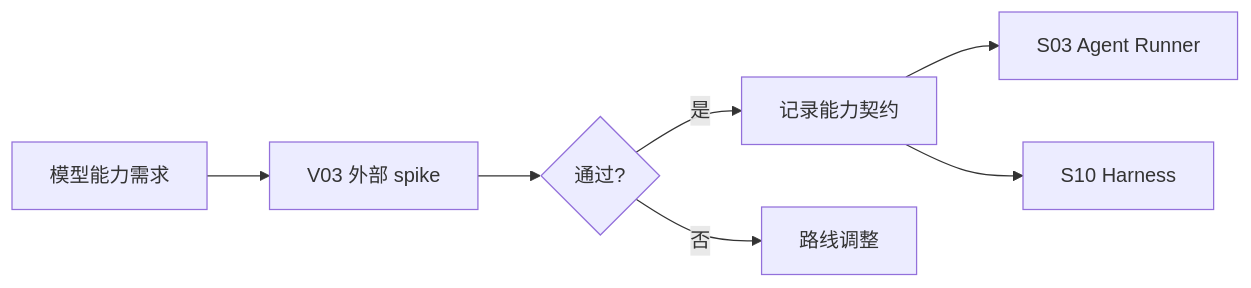
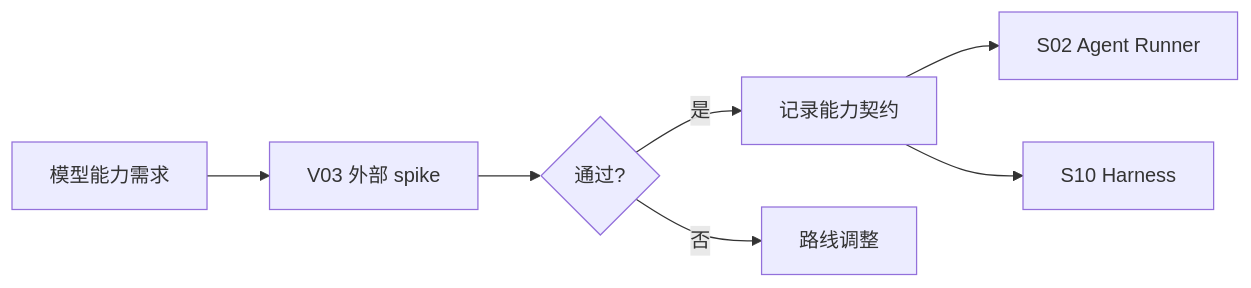
The diagram in spec/platform/I01-llm-provider-contract.md (jinhuang712/open-novel), drawn with Mermaid before and after one commit. The commit also changed other lines of this file and 79 other files, not shown here.

````diff
--- a/spec/platform/I01-llm-provider-contract.md
+++ b/spec/platform/I01-llm-provider-contract.md
@@ -64,9 +64,9 @@
 ```mermaid
 flowchart LR
   Need[模型能力需求] --> Spike[V03 外部 spike]
   Spike --> Result{通过?}
   Result -->|是| Contract[记录能力契约]
   Result -->|否| Route[路线调整]
-  Contract --> Runtime[S03 Agent Runner]
+  Contract --> Runtime[S02 Agent Runner]
   Contract --> Harness[S10 Harness]
 ```
````
